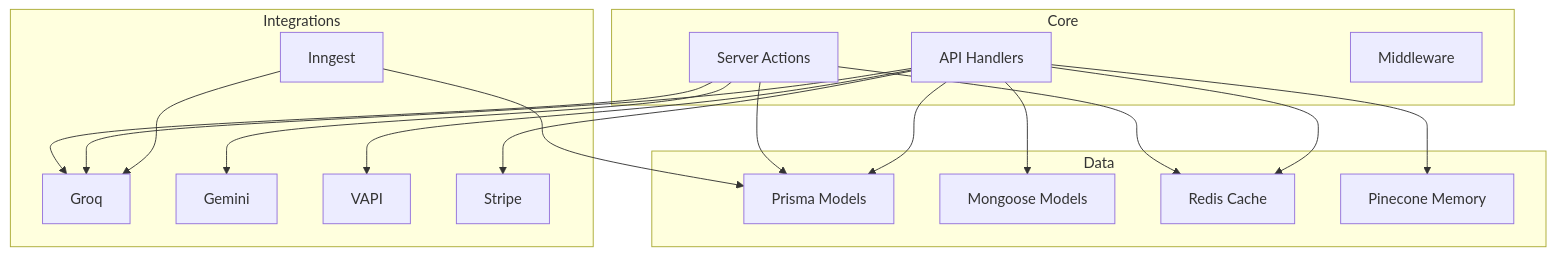
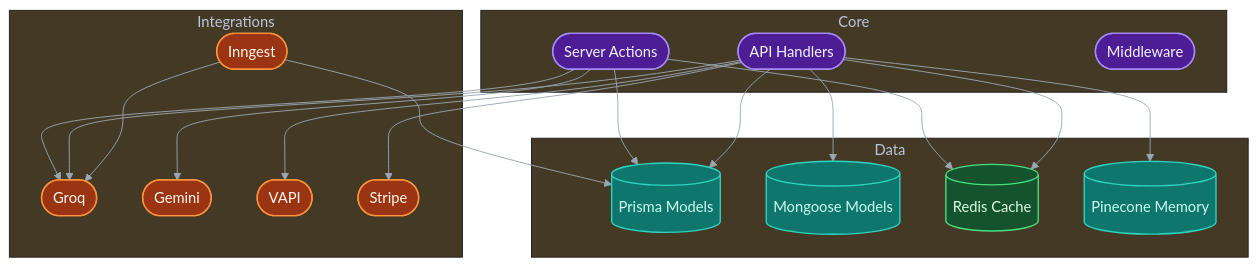
Before and after one commit to AbhinavSinghBhadouria/InterViewX: the second of 4 diagrams in README.md, drawn with Mermaid. The commit also changed other lines of this file and 1 other file, not shown here.

Commit message:
Add styling to mermaid diagrams

````diff
--- a/README.md
+++ b/README.md
@@ -76,37 +89,48 @@
 ```mermaid
+%%{init: {"theme": "base", "themeVariables": {"background": "#0b1020", "primaryColor": "#1b2333", "primaryBorderColor": "#3a4a66", "primaryTextColor": "#e6edf3", "lineColor": "#9aa6b2"}, "flowchart": {"curve": "basis"}}}%%
 flowchart TD
   subgraph Core
-    A1[Server Actions]
-    A2[API Handlers]
-    A3[Middleware]
+    A1([Server Actions])
+    A2([API Handlers])
+    A3([Middleware])
   end
 
   subgraph Data
-    D1[Prisma Models]
-    D2[Mongoose Models]
-    D3[Redis Cache]
-    D4[Pinecone Memory]
+    D1[(Prisma Models)]
+    D2[(Mongoose Models)]
+    D3[(Redis Cache)]
+    D4[(Pinecone Memory)]
   end
 
   subgraph Integrations
-    X1[Groq]
-    X2[Gemini]
-    X3[VAPI]
-    X4[Stripe]
-    X5[Inngest]
+    X1([Groq])
+    X2([Gemini])
+    X3([VAPI])
+    X4([Stripe])
+    X5([Inngest])
   end
 
   A1 --> D1
   A1 --> D3
   A1 --> X1
   A1 --> X2
   A2 --> D1
   A2 --> D2
   A2 --> D3
   A2 --> D4
   A2 --> X1
   A2 --> X3
   A2 --> X4
   X5 --> D1
   X5 --> X1
+
+  classDef api fill:#4c1d95,stroke:#a78bfa,color:#f5f3ff,stroke-width:1.5px;
+  classDef cache fill:#14532d,stroke:#4ade80,color:#dcfce7,stroke-width:1.5px;
+  classDef database fill:#0f766e,stroke:#2dd4bf,color:#ccfbf1,stroke-width:1.5px;
+  classDef external fill:#9a3412,stroke:#fb923c,color:#fff7ed,stroke-width:1.5px;
+
+  class A1,A2,A3 api;
+  class D3 cache;
+  class D1,D2,D4 database;
+  class X1,X2,X3,X4,X5 external;
 ```
````
